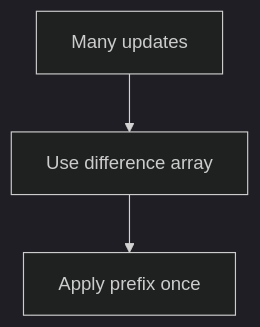
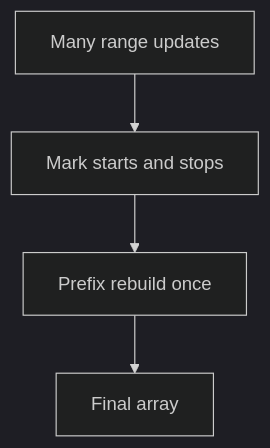
One commit to mthaiseer/springcloud-systemdesign-notes changed the seventh of 11 diagrams in CP_DSA_NOTES/CONCEPT_FRAMEWORK_FORMS_TATICS/002_PREFIX_CFFT.md. Above: the diagram before and after it, drawn with Mermaid (dark theme). The commit also changed other lines of this file and 1 other file, not shown here.

````diff
--- a/CP_DSA_NOTES/CONCEPT_FRAMEWORK_FORMS_TATICS/002_PREFIX_CFFT.md
+++ b/CP_DSA_NOTES/CONCEPT_FRAMEWORK_FORMS_TATICS/002_PREFIX_CFFT.md
@@ -120,5 +297,6 @@
 ```mermaid
 flowchart TD
-    A[Many updates] --> B[Use difference array]
-    B --> C[Apply prefix once]
+    A["Many range updates"] --> B["Mark starts and stops"]
+    B --> C["Prefix rebuild once"]
+    C --> D["Final array"]
 ```
````
